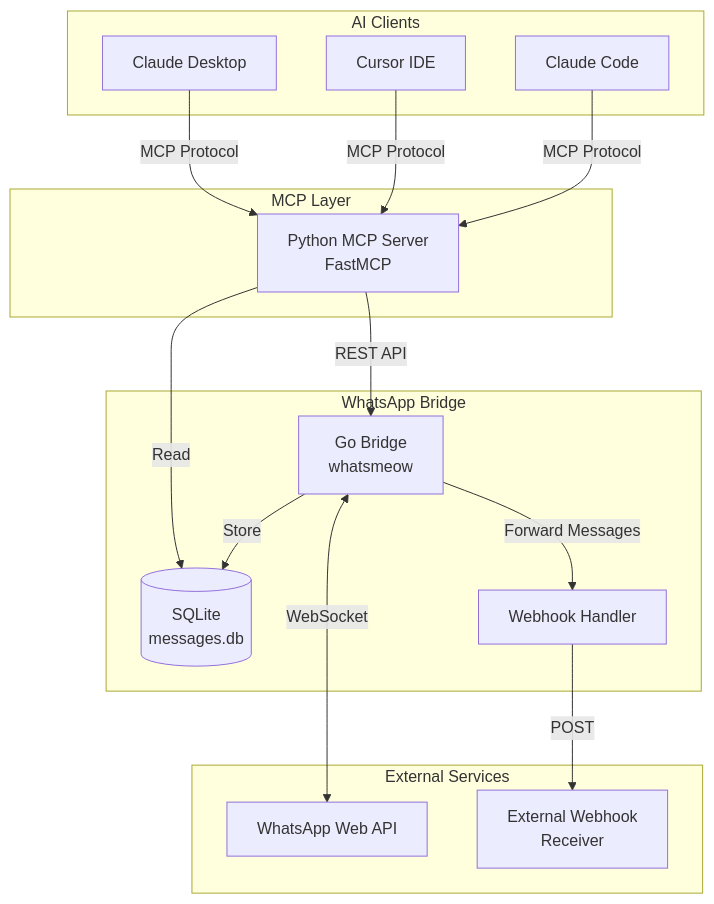
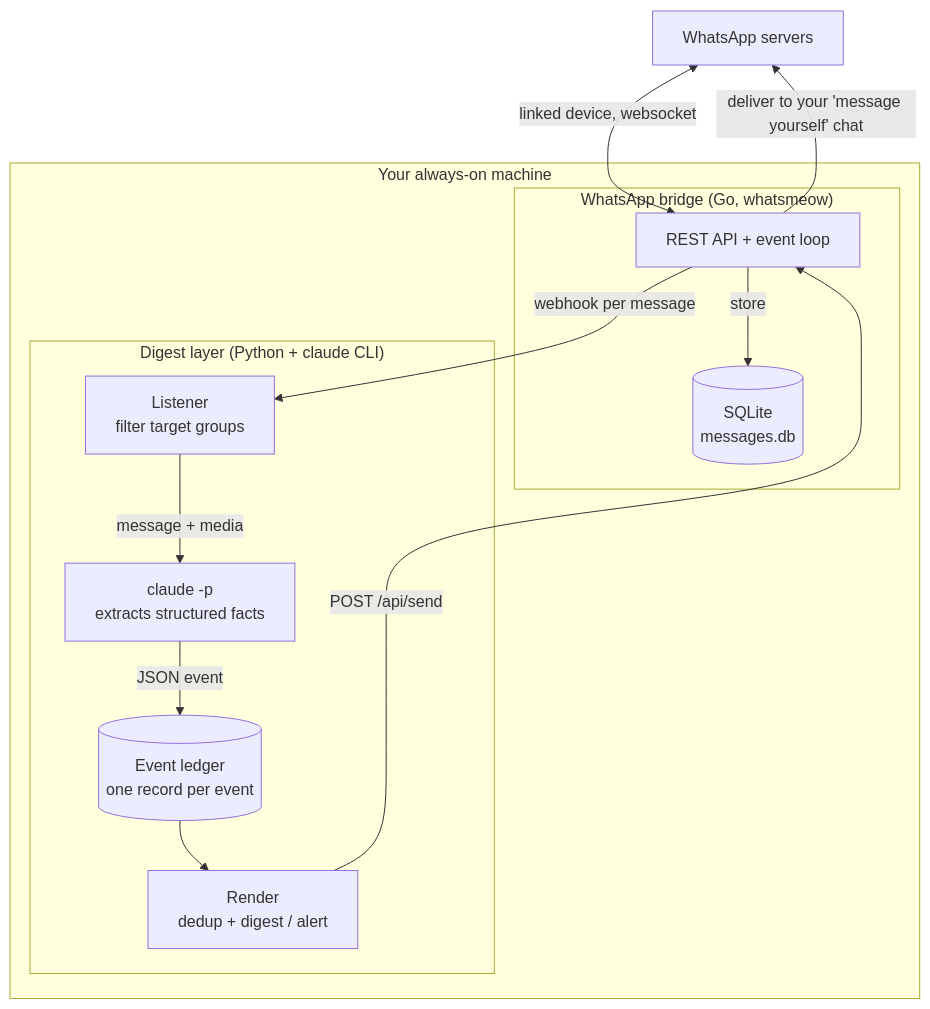
Before and after one commit to raoulbia-ai/whatsapp-digest: the first of 2 diagrams in README.md, drawn with Mermaid. The commit also changed other lines of this file, not shown here.

First line of the commit message:
docs: reframe Architecture and Features around the digest pipeline

````diff
--- a/README.md
+++ b/README.md
@@ -437,31 +445,27 @@
 ```mermaid
 flowchart TB
-    subgraph Clients["AI Clients"]
-        CD[Claude Desktop]
-        CU[Cursor IDE]
-        CC[Claude Code]
+    WA[WhatsApp servers]
+
+    subgraph Host["Your always-on machine"]
+        subgraph Bridge["WhatsApp bridge (Go, whatsmeow)"]
+            GO[REST API + event loop]
+            DB[(SQLite<br/>messages.db)]
+        end
+
+        subgraph Pipeline["Digest layer (Python + claude CLI)"]
+            LIS[Listener<br/>filter target groups]
+            CLA[claude -p<br/>extracts structured facts]
+            LED[(Event ledger<br/>one record per event)]
+            REN[Render<br/>dedup + digest / alert]
+        end
     end
 
-    subgraph MCP["MCP Layer"]
-        PY[Python MCP Server<br/>FastMCP]
-    end
-
-    subgraph Bridge["WhatsApp Bridge"]
-        GO[Go Bridge<br/>whatsmeow]
-        DB[(SQLite<br/>messages.db)]
-        WH[Webhook Handler]
-    end
-
-    subgraph External["External Services"]
-        WA[WhatsApp Web API]
-        EXT[External Webhook<br/>Receiver]
-    end
-
-    CD & CU & CC -->|MCP Protocol| PY
-    PY -->|REST API| GO
-    PY -->|Read| DB
-    GO -->|Store| DB
-    GO <-->|WebSocket| WA
-    GO -->|Forward Messages| WH
-    WH -->|POST| EXT
+    WA <-->|linked device, websocket| GO
+    GO -->|store| DB
+    GO -->|webhook per message| LIS
+    LIS -->|message + media| CLA
+    CLA -->|JSON event| LED
+    LED --> REN
+    REN -->|POST /api/send| GO
+    GO -->|deliver to your 'message yourself' chat| WA
 ```
````
